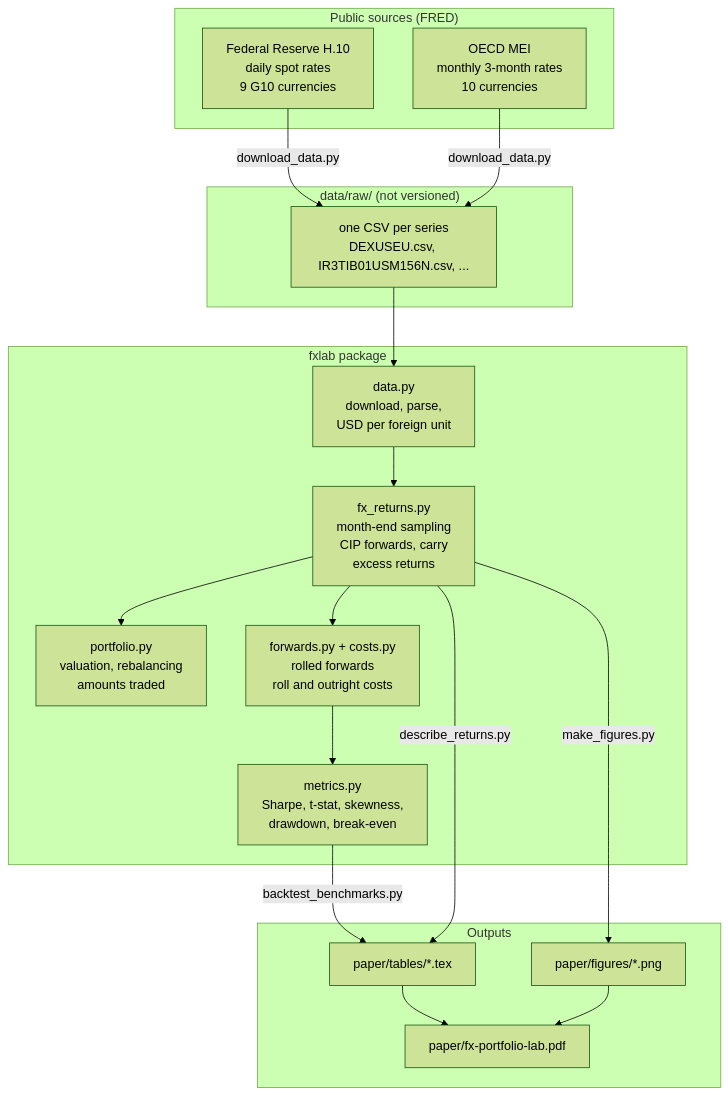
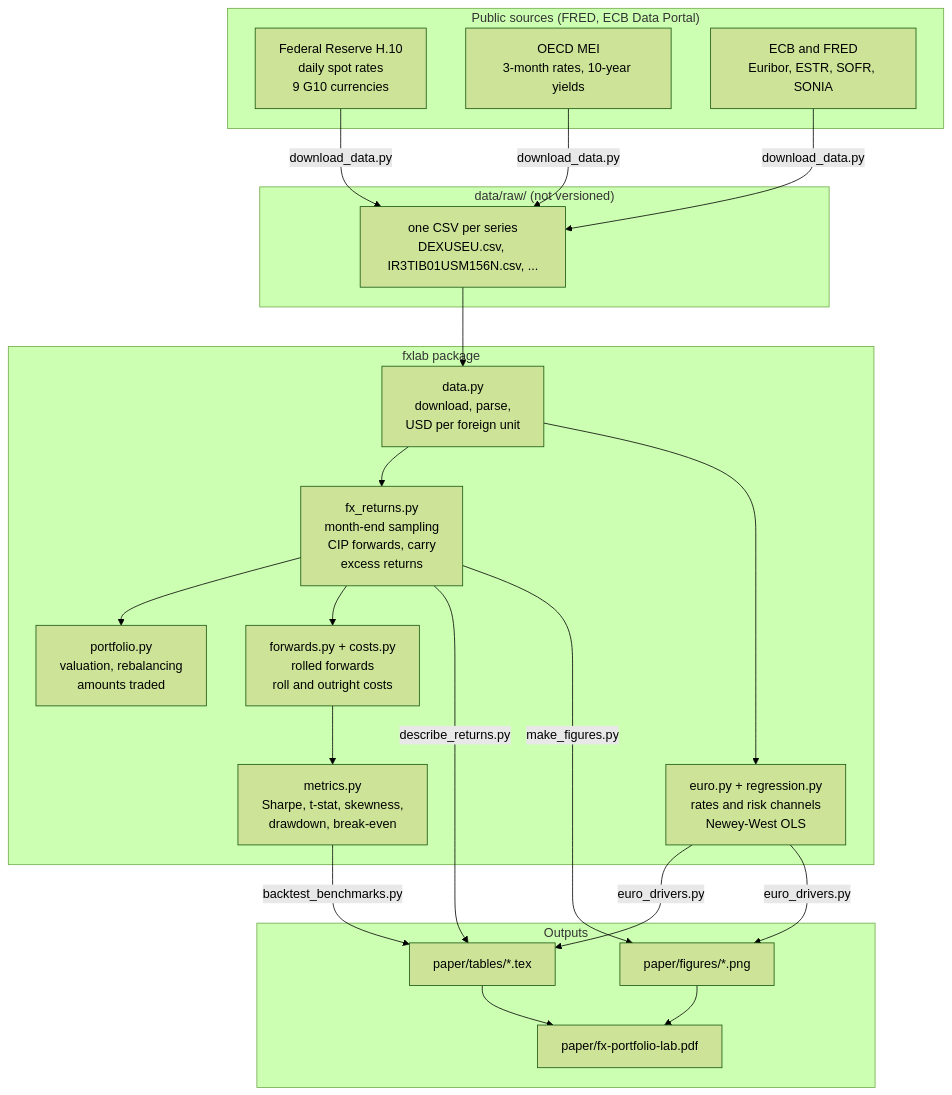
Before and after one commit to tomrousselet/fx-portfolio-lab: the first of 3 diagrams in ARCHITECTURE.md, drawn with Mermaid (forest theme). The commit also changed other lines of this file and 27 other files, not shown here.

First line of the commit message:
Euro rates: CIP rate choice, extended EUR and GBP rates, what moves the euro

````diff
--- a/ARCHITECTURE.md
+++ b/ARCHITECTURE.md
@@ -21,38 +21,44 @@
 ```mermaid
 flowchart TB
-    subgraph Sources["Public sources (FRED)"]
+    subgraph Sources["Public sources (FRED, ECB Data Portal)"]
         H10["Federal Reserve H.10<br/>daily spot rates<br/>9 G10 currencies"]
-        OECD["OECD MEI<br/>monthly 3-month rates<br/>10 currencies"]
+        OECD["OECD MEI<br/>3-month rates, 10-year yields"]
+        ECB["ECB and FRED<br/>Euribor, ESTR, SOFR, SONIA"]
     end
 
     subgraph Raw["data/raw/ (not versioned)"]
         CSV["one CSV per series<br/>DEXUSEU.csv, IR3TIB01USM156N.csv, ..."]
     end
 
     subgraph Lib["fxlab package"]
         DATA["data.py<br/>download, parse,<br/>USD per foreign unit"]
         RX["fx_returns.py<br/>month-end sampling<br/>CIP forwards, carry<br/>excess returns"]
         PF["portfolio.py<br/>valuation, rebalancing<br/>amounts traded"]
         FW["forwards.py + costs.py<br/>rolled forwards<br/>roll and outright costs"]
         MT["metrics.py<br/>Sharpe, t-stat, skewness,<br/>drawdown, break-even"]
+        EU["euro.py + regression.py<br/>rates and risk channels<br/>Newey-West OLS"]
     end
 
     subgraph Out["Outputs"]
         TAB["paper/tables/*.tex"]
         FIG["paper/figures/*.png"]
         PDF["paper/fx-portfolio-lab.pdf"]
     end
 
     H10 -->|download_data.py| CSV
     OECD -->|download_data.py| CSV
+    ECB -->|download_data.py| CSV
     CSV --> DATA
     DATA --> RX
     RX --> PF
     RX --> FW
     FW --> MT
     MT -->|backtest_benchmarks.py| TAB
+    DATA --> EU
+    EU -->|euro_drivers.py| TAB
+    EU -->|euro_drivers.py| FIG
     RX -->|describe_returns.py| TAB
     RX -->|make_figures.py| FIG
     TAB --> PDF
     FIG --> PDF
 ```
````
